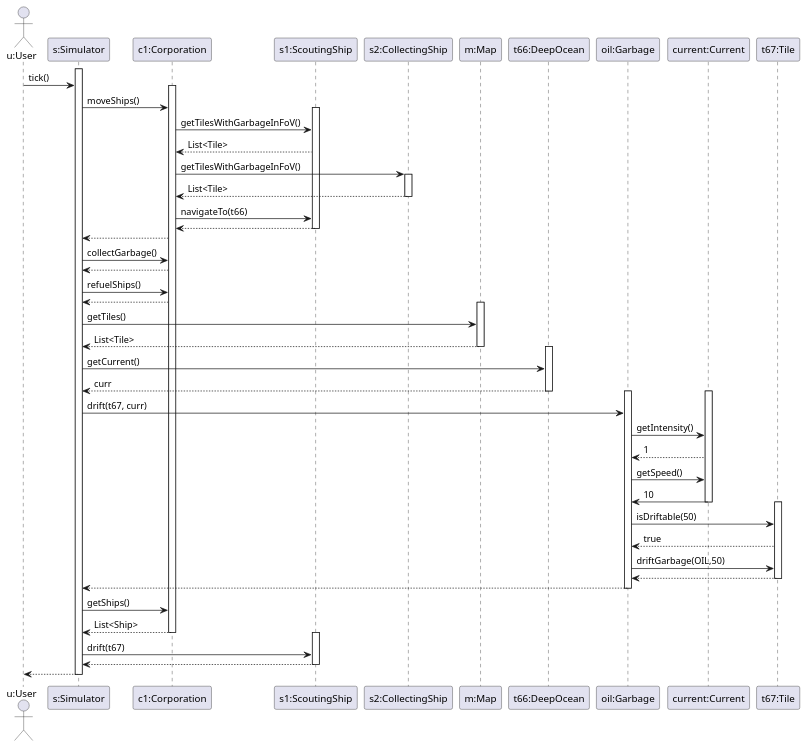
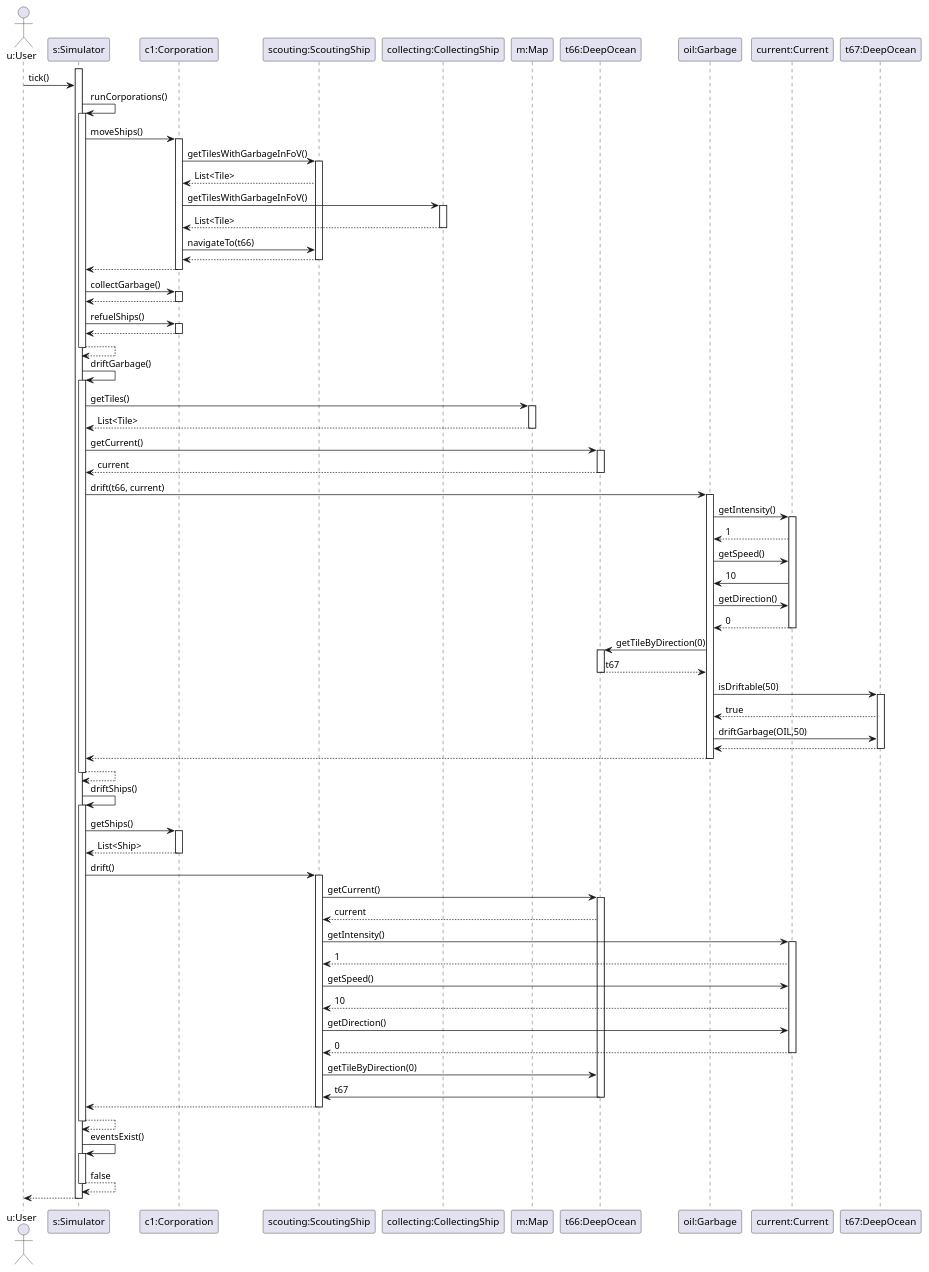
One commit to Atharvakore/Save-The-Saardines changed the diagram in SequenceTick25.puml. Above: the diagram before and after it, drawn with PlantUML.

Commit message:
updated sequence diagram

```diff
--- a/SequenceTick25.puml
+++ b/SequenceTick25.puml
@@ -1,93 +1,162 @@
 @startuml
 actor "u:User" as u
 participant "s:Simulator" as s
 participant "c1:Corporation" as c1
-participant "s1:ScoutingShip" as scouting
-participant "s2:CollectingShip" as collecting
+participant "scouting:ScoutingShip" as scouting
+participant "collecting:CollectingShip" as collecting
 participant "m:Map" as m
 participant "t66:DeepOcean" as t66
 participant "oil:Garbage" as oil
 participant "current:Current" as current
-participant "t67:Tile" as t67
+participant "t67:DeepOcean" as t67
 
 
 
 
 activate s
 u -> s: tick()
+
+s -> s: runCorporations()
+activate s
+
+s -> c1: moveShips()
 activate c1
-s -> c1: moveShips()
 
+c1 -> scouting: getTilesWithGarbageInFoV()
 activate scouting
-c1 -> scouting: getTilesWithGarbageInFoV()
+
 scouting --> c1: List<Tile>
 
 c1 -> collecting: getTilesWithGarbageInFoV()
 activate collecting
 
 collecting --> c1: List<Tile>
 deactivate collecting
 
 c1 -> scouting: navigateTo(t66)
 scouting --> c1
 deactivate scouting
 
 
 c1 --> s
+deactivate c1
+
 
 s -> c1: collectGarbage()
+activate c1
 c1--> s
+deactivate c1
+
 
 s -> c1: refuelShips()
+activate c1
 c1--> s
+deactivate c1
 
+s --> s
+deactivate s
 
+s -> s: driftGarbage()
+activate s
+
+s -> m: getTiles()
 activate m
-s -> m: getTiles()
+
 m --> s : List<Tile>
 deactivate m
 
+s -> t66: getCurrent()
 activate t66
-s -> t66: getCurrent()
-t66 --> s: curr
+
+t66 --> s: current
+deactivate t66
+
+s -> oil: drift(t66, current)
+activate oil
+
+oil -> current: getIntensity()
+activate current
+
+current --> oil: 1
+
+
+
+oil -> current: getSpeed()
+current-> oil: 10
+
+oil -> current: getDirection()
+current --> oil: 0
+deactivate current
+oil -> t66: getTileByDirection(0)
+activate t66
+
+t66 --> oil: t67
 deactivate t66
 
 ' Here the problem is: Current can drift more than 1 tile, but we call drift(t67,curr)
 ' without actually computing the destination tile, we just assume it goes there and then
 ' query getIntensity() and getSpeed() which makes no sense at this point.
 
-activate oil
-activate current
-s -> oil: drift(t67, curr)
-oil -> current: getIntensity()
-current --> oil: 1
+oil -> t67: isDriftable(50)
+activate t67
 
-
-
-oil -> current: getSpeed()
-current-> oil: 10
-deactivate current
-
-activate t67
-oil -> t67: isDriftable(50)
 t67 --> oil: true
 oil -> t67: driftGarbage(OIL,50)
 t67 --> oil
 deactivate t67
 
 oil --> s
 deactivate oil
 
+s --> s
+deactivate s
+
+
+s -> s: driftShips()
+activate s
 
 s -> c1: getShips()
+activate c1
+
 c1 --> s: List<Ship>
 deactivate c1
+s -> scouting: drift()
 activate scouting
-s -> scouting: drift(t67)
+
+scouting -> t66: getCurrent()
+activate t66
+
+t66 --> scouting: current
+
+
+scouting -> current: getIntensity()
+activate current
+
+current --> scouting: 1
+
+scouting -> current: getSpeed()
+current --> scouting: 10
+
+scouting -> current: getDirection()
+current --> scouting: 0
+deactivate current
+
+scouting -> t66: getTileByDirection(0)
+t66 -> scouting: t67
+deactivate t66
+
+
 scouting --> s
 deactivate scouting
+
+s --> s
+deactivate s
+s -> s: eventsExist()
+activate s
+s --> s: false
+deactivate s
 
 s --> u
 deactivate s
 
 @enduml
```
